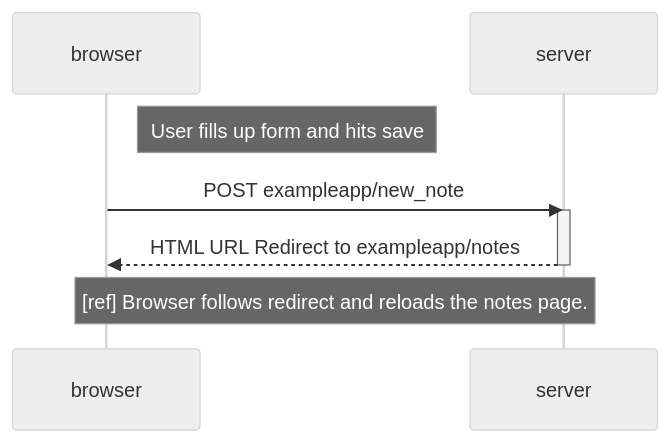
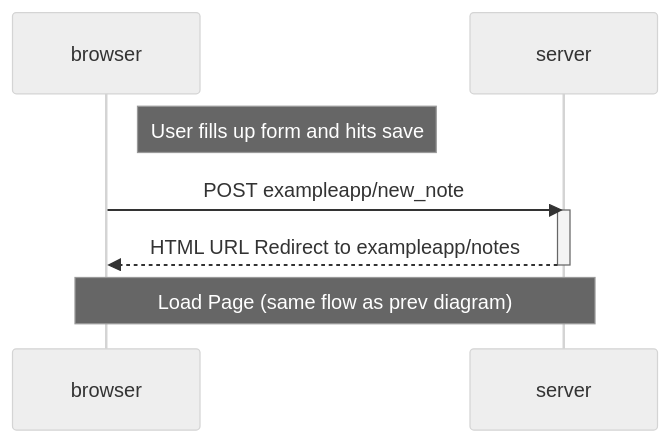
Before and after one commit to happyweijie/full-stack-open-2026: the diagram in part0/README.md, drawn with Mermaid (neutral theme).

Commit message:
Update ref message to be clearer

````diff
--- a/part0/README.md
+++ b/part0/README.md
@@ -2,13 +2,13 @@
 ```mermaid
 sequenceDiagram
     participant browser
     participant server
 
     Note right of browser: User fills up form and hits save
     browser->>server: POST exampleapp/new_note
     activate server
     server-->>browser: HTML URL Redirect to exampleapp/notes 
     deactivate server
 
-    Note over browser, server: [ref] Browser follows redirect and reloads the notes page.
+    Note over browser, server: Load Page (same flow as prev diagram)
 ```
````
